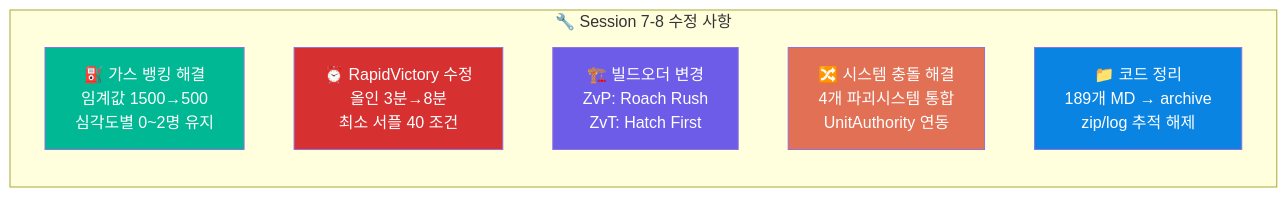
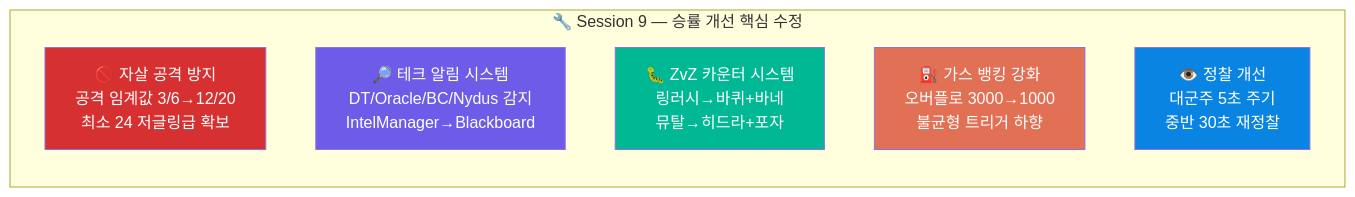
One commit to sun475300-sudo/Swarm-control-in-sc2bot changed diagram 31 of 31 in README.md. Above: the diagram before and after it, drawn with Mermaid. The commit also changed other lines of this file and 3 other files, not shown here.

````diff
--- a/README.md
+++ b/README.md
@@ -848,17 +850,17 @@
 ```mermaid
 graph LR
-    subgraph "🔧 Session 7-8 수정 사항"
+    subgraph "🔧 Session 9 — 승률 개선 핵심 수정"
         direction TB
-        FIX1["⛽ 가스 뱅킹 해결<br/>임계값 1500→500<br/>심각도별 0~2명 유지"]
-        FIX2["⏰ RapidVictory 수정<br/>올인 3분→8분<br/>최소 서플 40 조건"]
-        FIX3["🏗️ 빌드오더 변경<br/>ZvP: Roach Rush<br/>ZvT: Hatch First"]
-        FIX4["🔀 시스템 충돌 해결<br/>4개 파괴시스템 통합<br/>UnitAuthority 연동"]
-        FIX5["📁 코드 정리<br/>189개 MD → archive<br/>zip/log 추적 해제"]
+        FIX1["🚫 자살 공격 방지<br/>공격 임계값 3/6→12/20<br/>최소 24 저글링급 확보"]
+        FIX2["🔎 테크 알림 시스템<br/>DT/Oracle/BC/Nydus 감지<br/>IntelManager→Blackboard"]
+        FIX3["🐛 ZvZ 카운터 시스템<br/>링러시→바퀴+바네<br/>뮤탈→히드라+포자"]
+        FIX4["⛽ 가스 뱅킹 강화<br/>오버플로 3000→1000<br/>불균형 트리거 하향"]
+        FIX5["👁️ 정찰 개선<br/>대군주 5초 주기<br/>중반 30초 재정찰"]
     end
 
-    style FIX1 fill:#00b894,color:#fff
-    style FIX2 fill:#d63031,color:#fff
-    style FIX3 fill:#6c5ce7,color:#fff
+    style FIX1 fill:#d63031,color:#fff
+    style FIX2 fill:#6c5ce7,color:#fff
+    style FIX3 fill:#00b894,color:#fff
     style FIX4 fill:#e17055,color:#fff
     style FIX5 fill:#0984e3,color:#fff
 ```
````
